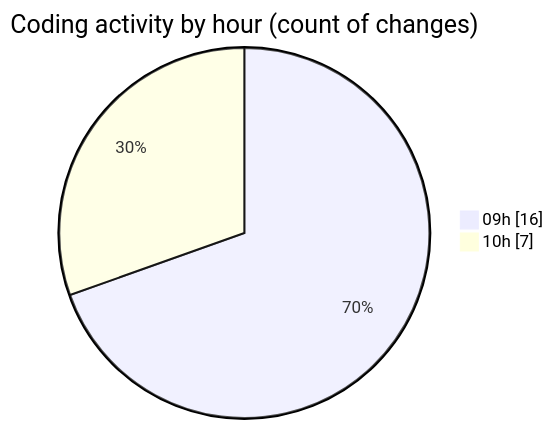
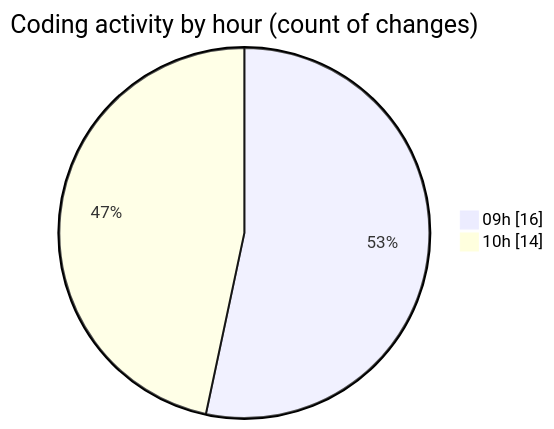
Before and after one commit to momahboobian/code-tracking: the second of 2 diagrams in 2025-07-04/cda/README.md, drawn with Mermaid. The commit also changed other lines of this file and 1 other file, not shown here.

````diff
--- a/2025-07-04/cda/README.md
+++ b/2025-07-04/cda/README.md
@@ -35,6 +37,6 @@
 ```mermaid
 pie showData
 title Coding activity by hour (count of changes)
 "09h" : 16
-"10h" : 7
+"10h" : 14
 ```
````
